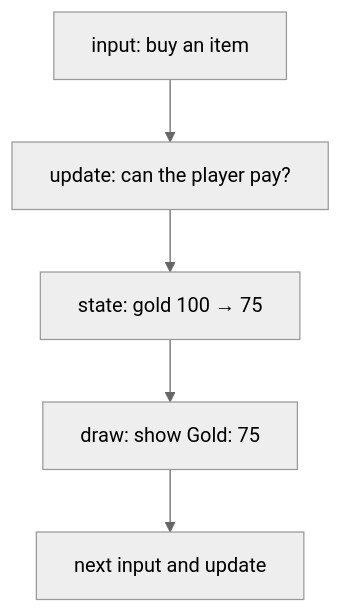
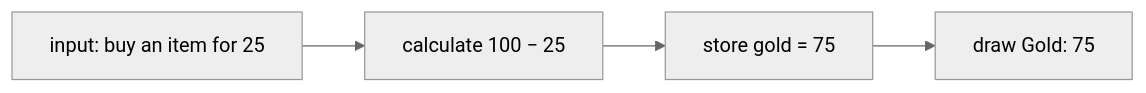
Before and after one commit to MustCodeAl/rust-game-hacking-book: the first of 3 diagrams in site/src/content/docs/pages/1/04.mdx, drawn with Mermaid (neutral theme). The commit also changed other lines of this file and 96 other files, not shown here.

````diff
--- a/site/src/content/docs/pages/1/04.mdx
+++ b/site/src/content/docs/pages/1/04.mdx
@@ -27,7 +90,6 @@
 ```mermaid
-flowchart TD
-    I["input: buy an item"] --> R["update: can the player pay?"]
-    R --> S["state: gold 100 → 75"]
-    S --> D["draw: show Gold: 75"]
-    D --> N["next input and update"]
+flowchart LR
+    Input["input: buy an item for 25"] --> Calc["calculate 100 − 25"]
+    Calc --> State["store gold = 75"]
+    State --> Display["draw Gold: 75"]
 ```
````
